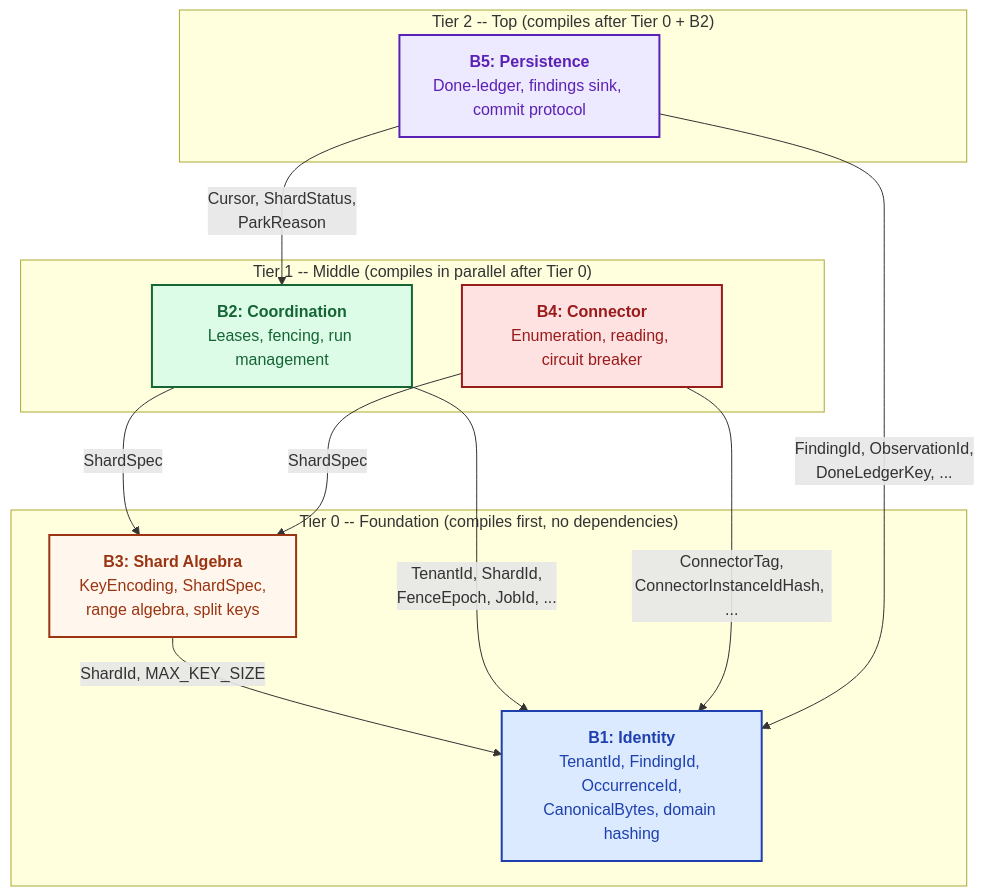
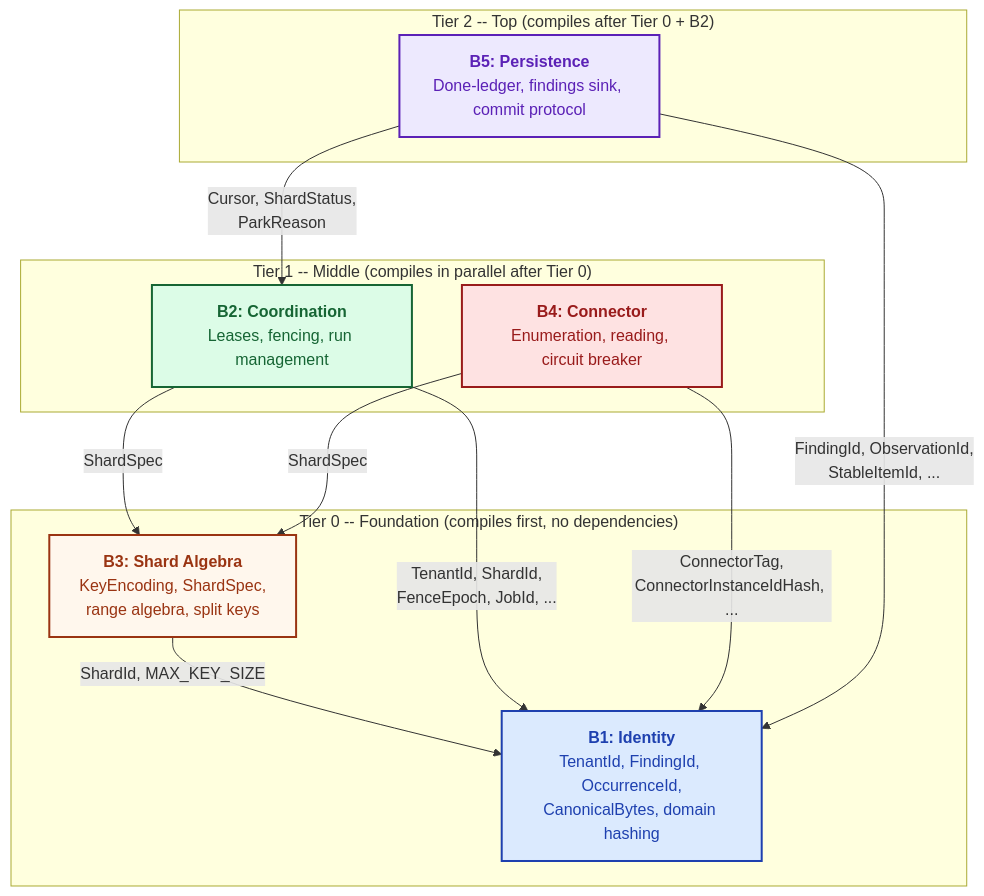
One commit to ahrav/Gossip-rs changed the second of 3 diagrams in diagrams/02-boundary-dependency-graph.md. Above: the diagram before and after it, drawn with Mermaid. The commit also changed other lines of this file and 2 other files, not shown here.

Commit message:
Update boundary dependency diagrams for StableItemId and receipt chaining
- Replace DoneLedgerKey with StableItemId in B5→B1 edges (consistent
  with identity spine)
- Clarify receipt-chained commit semantics: three-stage upserts followed
  by checkpoint
- Distinguish RETRY (cursor unadvanced) from ROLLBACK in failure mode
  diagram
- Fix worker recovery checkpoint call signature in sequence diagram

````diff
--- a/diagrams/02-boundary-dependency-graph.md
+++ b/diagrams/02-boundary-dependency-graph.md
@@ -116,31 +116,31 @@
 ```mermaid
 %% Diagram: tiered-compilation-view
 graph TD
     subgraph "Tier 0 -- Foundation (compiles first, no dependencies)"
         B1["<b>B1: Identity</b><br/>TenantId, FindingId, OccurrenceId,<br/>CanonicalBytes, domain hashing"]
         B3["<b>B3: Shard Algebra</b><br/>KeyEncoding, ShardSpec,<br/>range algebra, split keys"]
     end
 
     subgraph "Tier 1 -- Middle (compiles in parallel after Tier 0)"
         B2["<b>B2: Coordination</b><br/>Leases, fencing, run management"]
         B4["<b>B4: Connector</b><br/>Enumeration, reading, circuit breaker"]
     end
 
     subgraph "Tier 2 -- Top (compiles after Tier 0 + B2)"
         B5["<b>B5: Persistence</b><br/>Done-ledger, findings sink, commit protocol"]
     end
 
     B3 -->|"ShardId, MAX_KEY_SIZE"| B1
     B2 -->|"TenantId, ShardId,<br/>FenceEpoch, JobId, ..."| B1
     B2 -->|"ShardSpec"| B3
     B4 -->|"ConnectorTag,<br/>ConnectorInstanceIdHash, ..."| B1
     B4 -->|"ShardSpec"| B3
-    B5 -->|"FindingId, ObservationId,<br/>DoneLedgerKey, ..."| B1
+    B5 -->|"FindingId, ObservationId,<br/>StableItemId, ..."| B1
     B5 -->|"Cursor, ShardStatus,<br/>ParkReason"| B2
 
     style B1 fill:#DBEAFE,stroke:#1E40AF,stroke-width:2px,color:#1E40AF
     style B2 fill:#DCFCE7,stroke:#166534,stroke-width:2px,color:#166534
     style B3 fill:#FFF7ED,stroke:#9A3412,stroke-width:2px,color:#9A3412
     style B4 fill:#FEE2E2,stroke:#991B1B,stroke-width:2px,color:#991B1B
     style B5 fill:#EDE9FE,stroke:#5B21B6,stroke-width:2px,color:#5B21B6
 ```
````
